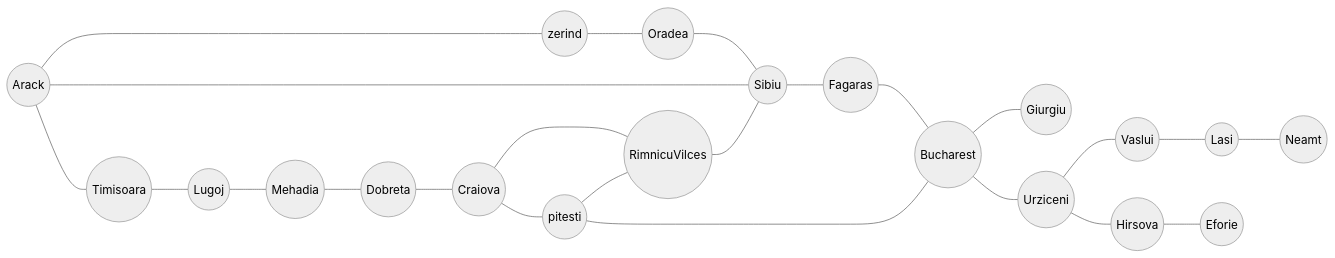
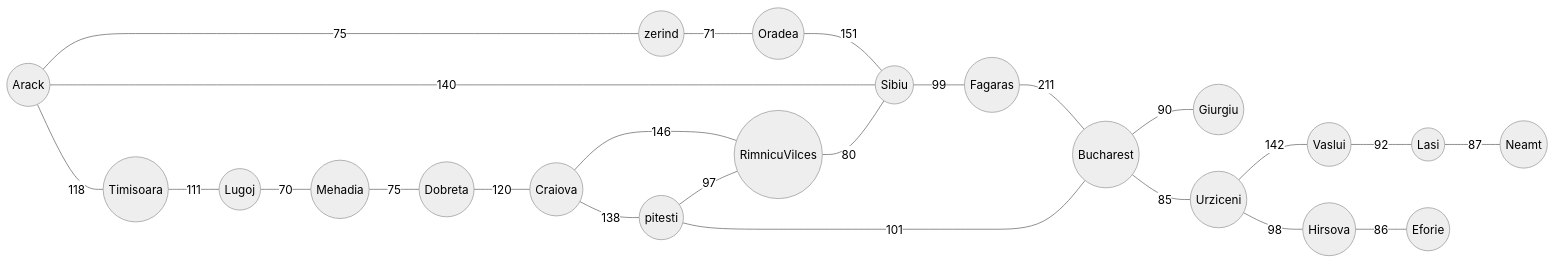
The diagram in Semester 3-1/Artificial Inteligence/README.md (whereisfarukk/Studymaterial), drawn with Mermaid (neutral theme) before and after one commit.

````diff
--- a/Semester 3-1/Artificial Inteligence/README.md
+++ b/Semester 3-1/Artificial Inteligence/README.md
@@ -1,39 +1,39 @@
 ```mermaid
 flowchart LR;
 1((Arack))
 2((zerind))
 3((Oradea))
 4((Sibiu))
 5((Timisoara))
 6((Lugoj))
 7((Mehadia))
 8((Dobreta))
 9((Craiova))
 10((RimnicuVilces))
 11((pitesti))
 12((Fagaras))
 13((Bucharest))
 14((Giurgiu))
 15((Urziceni))
 16((Vaslui))
 17((Lasi))
 18((Neamt))
 19((Hirsova))
 20((Eforie))
-1---2
-2---3
-3---4
-1---5---6---7---8---9
-1---4
-9---10---4
-9---11---10
-4---12
-12---13
-11---13
-13---14
-13---15
-15---16---17---18
-15---19---20
+1-- 75 ---2
+2-- 71 ---3
+3--151---4
+1--118---5--111---6--70---7--75---8--120---9
+1--140---4
+9--146---10--80---4
+9--138---11--97---10
+4--99---12
+12--211---13
+11--101---13
+13--90---14
+13--85---15
+15--142---16--92---17--87---18
+15--98---19--86---20
 
 
 ```
````
